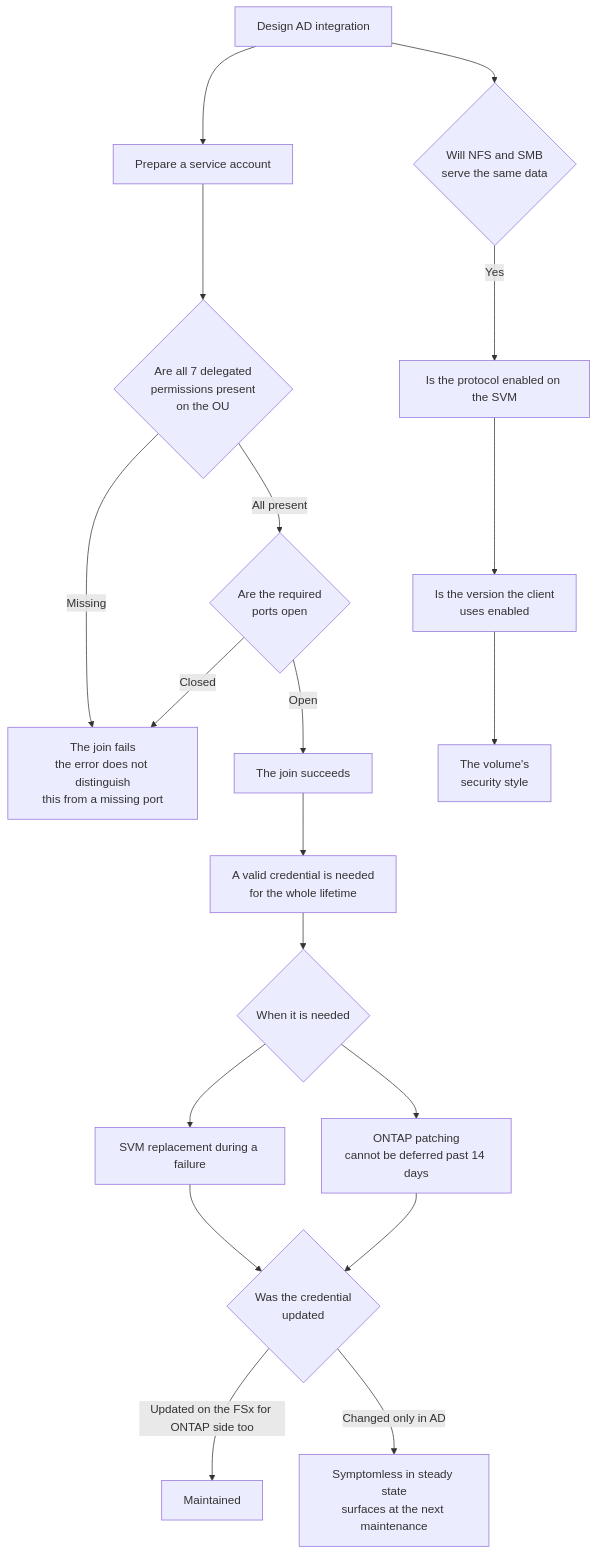
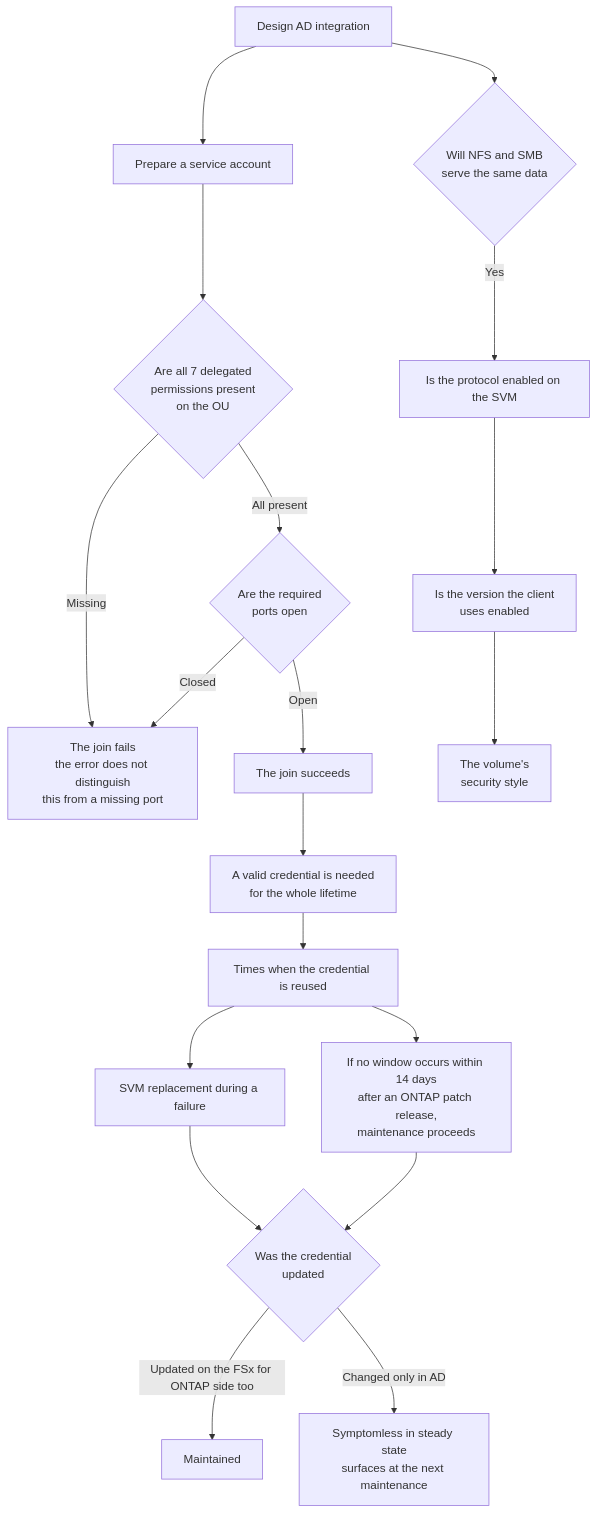
Before and after one commit to Yoshiki0705/FSx-for-ONTAP-Adoption-Playbook: the diagram in docs/en/domains/multiprotocol-identity/notes/ad-dependency-lasts-the-lifetime.md, drawn with Mermaid. The commit also changed other lines of this file and 257 other files, not shown here.

````diff
--- a/docs/en/domains/multiprotocol-identity/notes/ad-dependency-lasts-the-lifetime.md
+++ b/docs/en/domains/multiprotocol-identity/notes/ad-dependency-lasts-the-lifetime.md
@@ -131,24 +151,24 @@
 ```mermaid
 graph TD
     A[Design AD integration] --> SA[Prepare a service account]
     SA --> PERM{"Are all 7 delegated<br/>permissions present<br/>on the OU"}
     PERM -->|Missing| FAIL1["The join fails<br/>the error does not distinguish<br/>this from a missing port"]
     PERM -->|All present| PORT{"Are the required<br/>ports open"}
     PORT -->|Closed| FAIL1
     PORT -->|Open| JOIN[The join succeeds]
 
     JOIN --> LIFE["A valid credential is needed<br/>for the whole lifetime"]
-    LIFE --> WHEN{When it is needed}
+    LIFE --> WHEN[Times when the credential is reused]
     WHEN --> W1[SVM replacement during a failure]
-    WHEN --> W2["ONTAP patching<br/>cannot be deferred past 14 days"]
+    WHEN --> W2["If no window occurs within 14 days<br/>after an ONTAP patch release,<br/>maintenance proceeds"]
 
     W1 --> ROT{"Was the credential<br/>updated"}
     W2 --> ROT
     ROT -->|Updated on the FSx for ONTAP side too| OK[Maintained]
     ROT -->|Changed only in AD| LATENT["Symptomless in steady state<br/>surfaces at the next maintenance"]
 
     A --> DUAL{"Will NFS and SMB<br/>serve the same data"}
     DUAL -->|Yes| L1[Is the protocol enabled on the SVM]
     L1 --> L2["Is the version the client<br/>uses enabled"]
     L2 --> L3["The volume's<br/>security style"]
 ```
````
